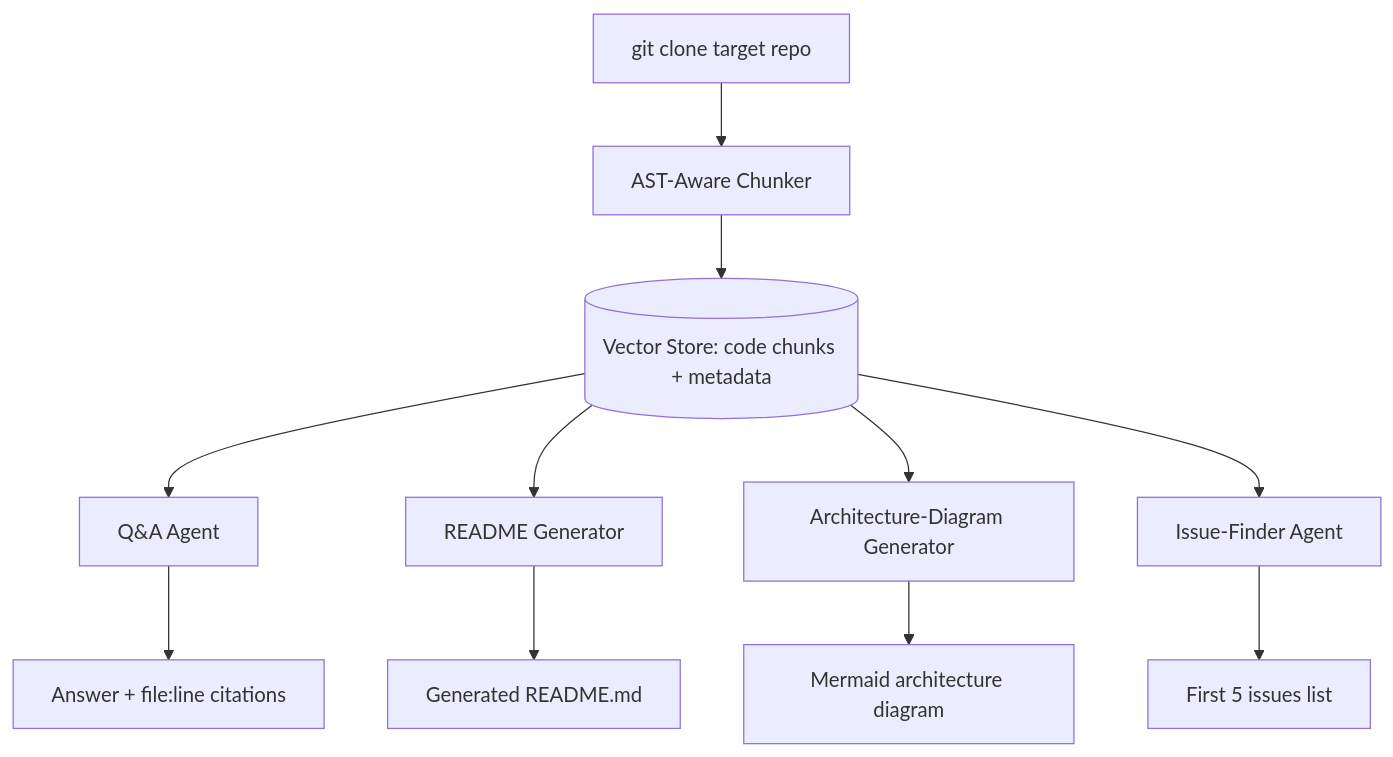
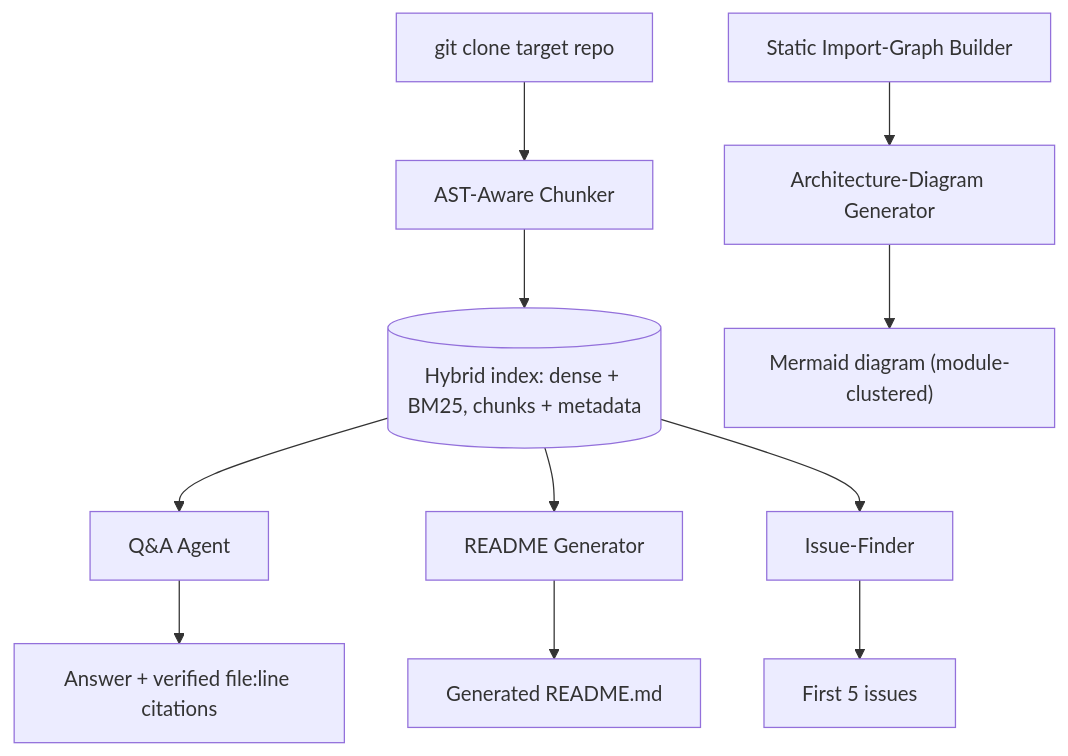
The diagram in projects/06-codebase-onboarding-agent/PLAN.md (shrey1409/Multiple-AI-Agents-Projects), drawn with Mermaid before and after one commit. The commit also changed other lines of this file and 11 other files, not shown here.

````diff
--- a/projects/06-codebase-onboarding-agent/PLAN.md
+++ b/projects/06-codebase-onboarding-agent/PLAN.md
@@ -17,13 +17,13 @@
 ```mermaid
 flowchart TD
     REPO["git clone target repo"] --> AST[AST-Aware Chunker]
-    AST --> IDX[(Vector Store: code chunks + metadata)]
+    AST --> IDX[(Hybrid index: dense + BM25, chunks + metadata)]
     IDX --> QA[Q&A Agent]
     IDX --> RM[README Generator]
-    IDX --> ARCH[Architecture-Diagram Generator]
-    IDX --> ISS[Issue-Finder Agent]
-    QA --> OUT1["Answer + file:line citations"]
+    IMP[Static Import-Graph Builder] --> ARCH[Architecture-Diagram Generator]
+    IDX --> ISS[Issue-Finder]
+    QA --> OUT1["Answer + verified file:line citations"]
     RM --> OUT2["Generated README.md"]
-    ARCH --> OUT3["Mermaid architecture diagram"]
-    ISS --> OUT4["First 5 issues list"]
+    ARCH --> OUT3["Mermaid diagram (module-clustered)"]
+    ISS --> OUT4["First 5 issues"]
 ```
````
